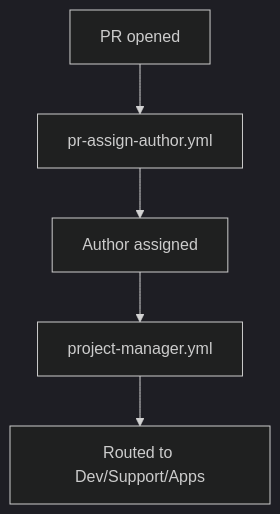
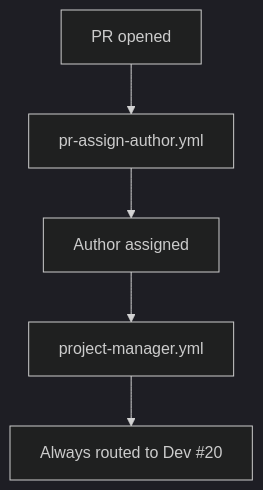
The third of 4 diagrams in .github/docs/TRIAGE.md (pollinations/pollinations), drawn with Mermaid before and after one commit. The commit also changed other lines of this file and 3 other files, not shown here.

First line of the commit message:
route PRs to dev, simplify support routing

````diff
--- a/.github/docs/TRIAGE.md
+++ b/.github/docs/TRIAGE.md
@@ -116,8 +117,8 @@
 ```mermaid
 %%{init: {'theme': 'dark'}}%%
 flowchart TD
     A[PR opened] --> B[pr-assign-author.yml]
     B --> C[Author assigned]
     C --> D[project-manager.yml]
-    D --> E[Routed to Dev/Support/Apps]
+    D --> E[Always routed to Dev #20]
 ```
````
